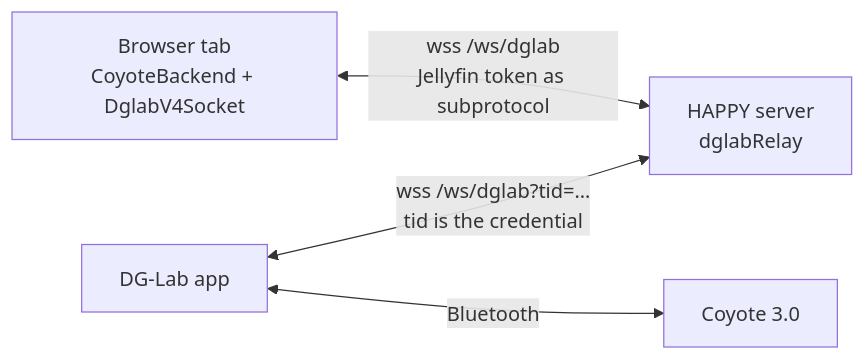
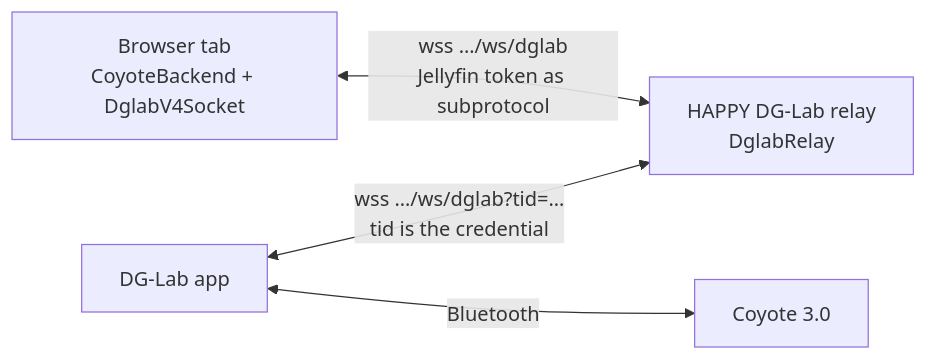
One commit to lumbar-spine-support/docker-haptic-player changed the first of 3 diagrams in docs/developer/use-cases/coyote-pairing.md. Above: the diagram before and after it, drawn with Mermaid. The commit also changed other lines of this file and 54 other files, not shown here.

First line of the commit message:
feat!: remove the HAPPY Node server

````diff
--- a/docs/developer/use-cases/coyote-pairing.md
+++ b/docs/developer/use-cases/coyote-pairing.md
@@ -9,6 +9,6 @@
 ```mermaid
 flowchart LR
-  Browser["Browser tab<br/>CoyoteBackend + DglabV4Socket"] <-- "wss /ws/dglab<br/>Jellyfin token as subprotocol" --> Relay["HAPPY server<br/>dglabRelay"]
-  Phone["DG-Lab app"] <-- "wss /ws/dglab?tid=…<br/>tid is the credential" --> Relay
+  Browser["Browser tab<br/>CoyoteBackend + DglabV4Socket"] <-- "wss …/ws/dglab<br/>Jellyfin token as subprotocol" --> Relay["HAPPY DG-Lab relay<br/>DglabRelay"]
+  Phone["DG-Lab app"] <-- "wss …/ws/dglab?tid=…<br/>tid is the credential" --> Relay
   Phone <-- Bluetooth --> Coyote["Coyote 3.0"]
 ```
````
